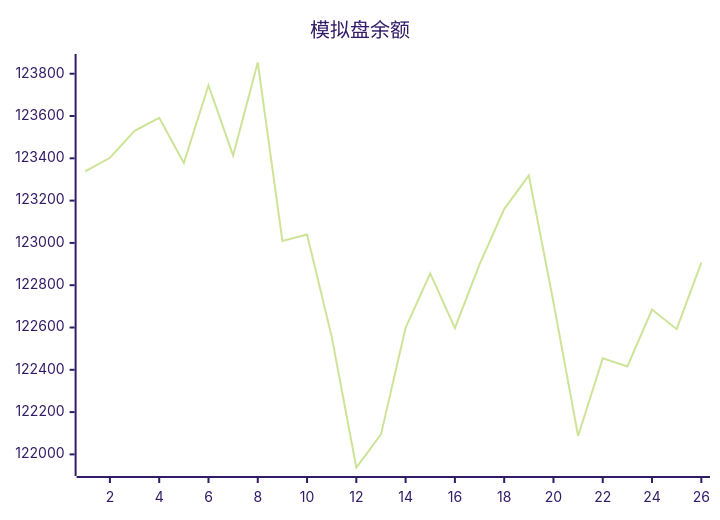
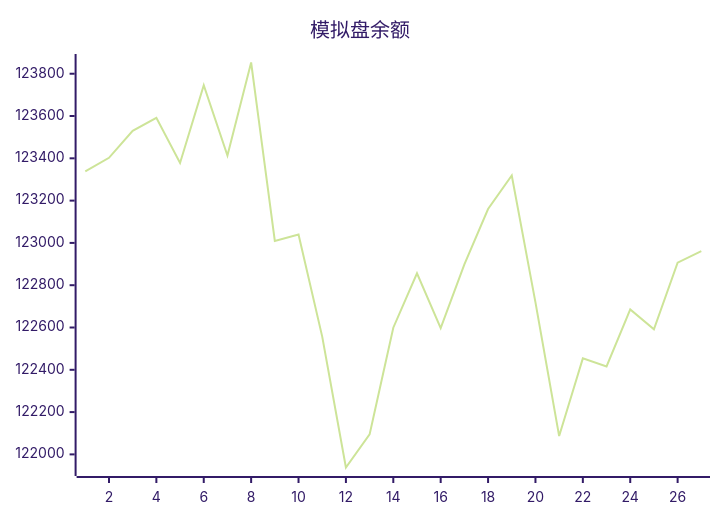
One commit to aahl/mcp-aktools changed the diagram in trading/README.md. Above: the diagram before and after it, drawn with Mermaid (forest theme). The commit also changed 1 other file, not shown here.

Commit message:
📈 AkTools MCP Server

````diff
--- a/trading/README.md
+++ b/trading/README.md
@@ -3,5 +3,5 @@
 ```mermaid
 xychart
     title "模拟盘余额"
-    line [123337.9,123402.4,123530.3,123591.6,123377.9,123745.3,123413.3,123853.1,123009.4,123039.8,122557.0,121938.0,122094.6,122599.0,122856.1,122597.3,122898.1,123160.2,123318.8,122719.1,122086.7,122454.1,122415.9,122685.2,122591.9,122906.8]
+    line [123337.9,123402.4,123530.3,123591.6,123377.9,123745.3,123413.3,123853.1,123009.4,123039.8,122557.0,121938.0,122094.6,122599.0,122856.1,122597.3,122898.1,123160.2,123318.8,122719.1,122086.7,122454.1,122415.9,122685.2,122591.9,122906.8,122960.7]
 ```
````
